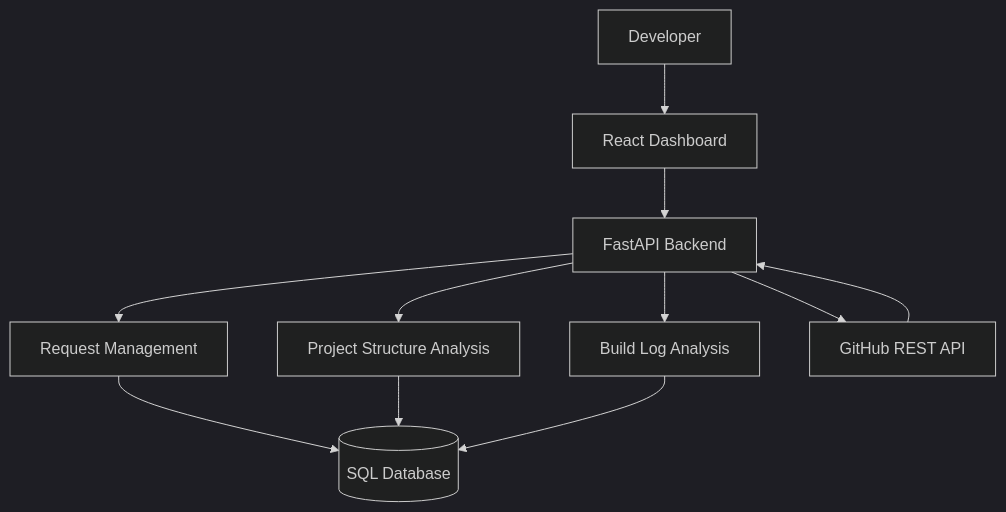
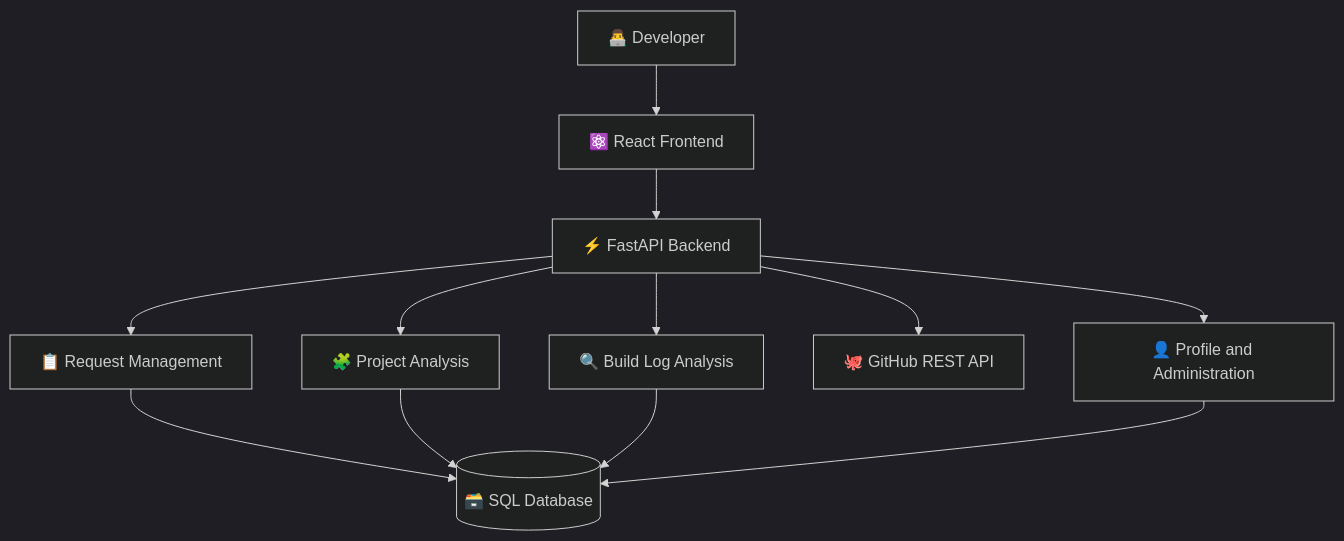
One commit to sunkinani8-max/NexusOps-AI changed the diagram in README.md. Above: the diagram before and after it, drawn with Mermaid (dark theme). The commit also changed other lines of this file and 5 other files, not shown here.

````diff
--- a/README.md
+++ b/README.md
@@ -92,13 +51,14 @@
 ```mermaid
 flowchart TD
-    A[Developer] --> B[React Dashboard]
-    B --> C[FastAPI Backend]
-    C --> D[Request Management]
-    C --> E[Project Structure Analysis]
-    C --> F[Build Log Analysis]
-    C --> G[GitHub REST API]
-    D --> H[(SQL Database)]
-    E --> H
-    F --> H
-    G --> C
+    A[👨‍💻 Developer] --> B[⚛️ React Frontend]
+    B --> C[⚡ FastAPI Backend]
+    C --> D[📋 Request Management]
+    C --> E[🧩 Project Analysis]
+    C --> F[🔍 Build Log Analysis]
+    C --> G[🐙 GitHub REST API]
+    C --> H[👤 Profile and Administration]
+    D --> I[(🗃️ SQL Database)]
+    E --> I
+    F --> I
+    H --> I
 ```
````
